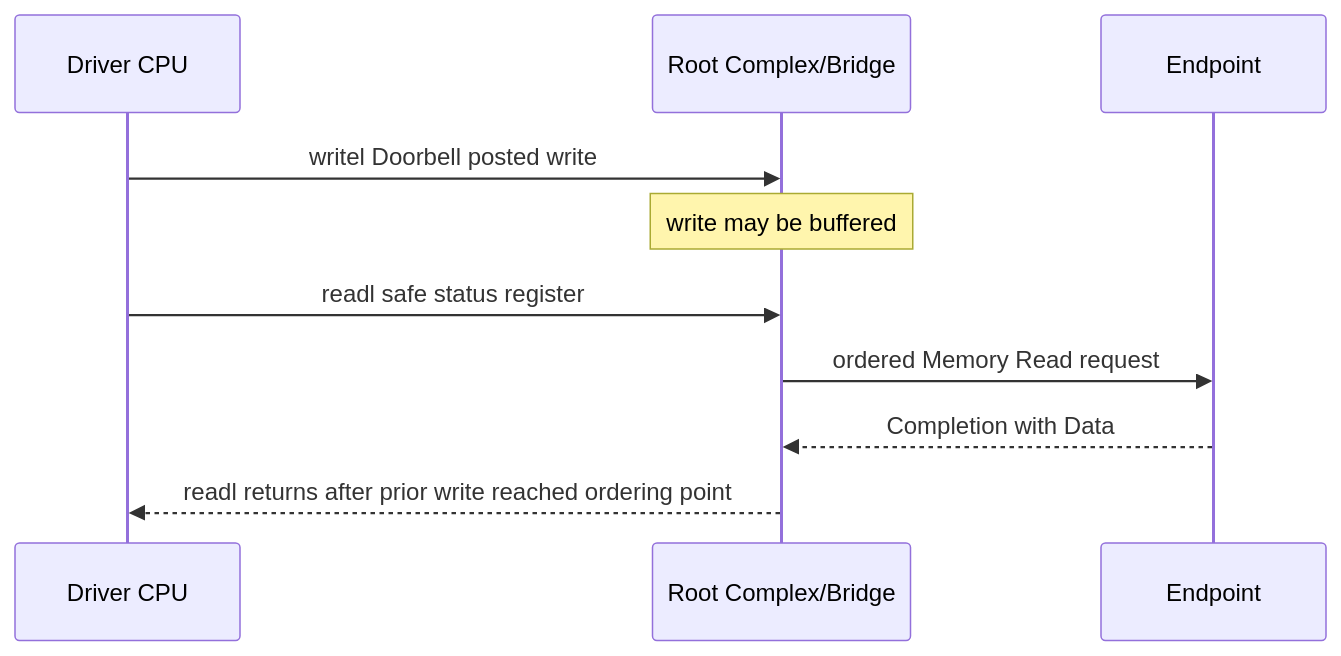
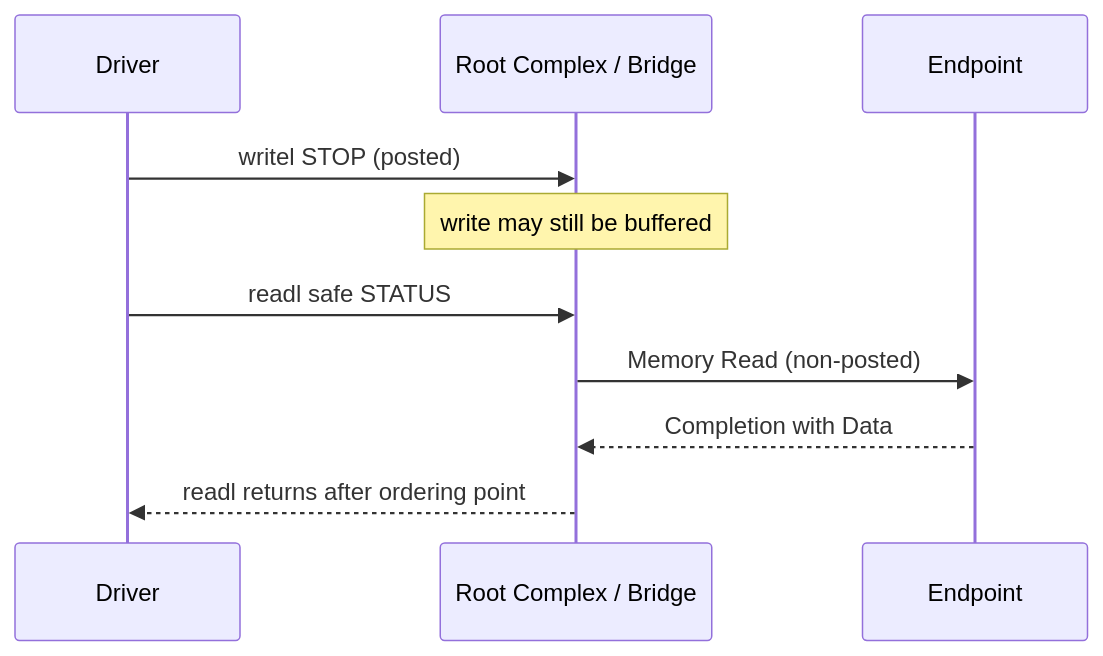
The third of 4 diagrams in docs/articles/pcie/pci-03-bar-resource-atu-mmio.md (cdragon-ljl/EEandEdgeAI), drawn with Mermaid before and after one commit. The commit also changed other lines of this file and 3 other files, not shown here.

````diff
--- a/docs/articles/pcie/pci-03-bar-resource-atu-mmio.md
+++ b/docs/articles/pcie/pci-03-bar-resource-atu-mmio.md
@@ -245,12 +165,12 @@
 ```mermaid
 sequenceDiagram
-    participant CPU as Driver CPU
-    participant RC as Root Complex/Bridge
+    participant CPU as Driver
+    participant RC as Root Complex / Bridge
     participant EP as Endpoint
-    CPU->>RC: writel Doorbell posted write
-    Note over RC: write may be buffered
-    CPU->>RC: readl safe status register
-    RC->>EP: ordered Memory Read request
+    CPU->>RC: writel STOP (posted)
+    Note over RC: write may still be buffered
+    CPU->>RC: readl safe STATUS
+    RC->>EP: Memory Read (non-posted)
     EP-->>RC: Completion with Data
-    RC-->>CPU: readl returns after prior write reached ordering point
+    RC-->>CPU: readl returns after ordering point
 ```
````
